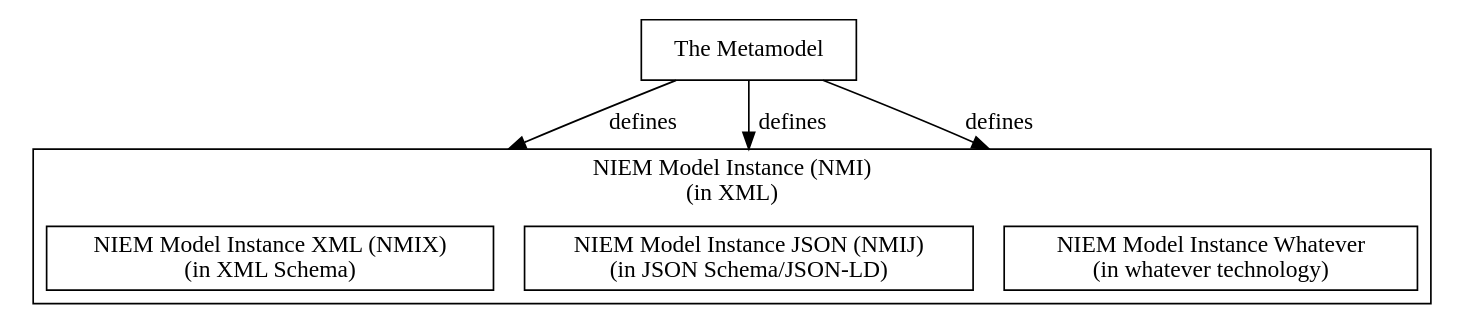
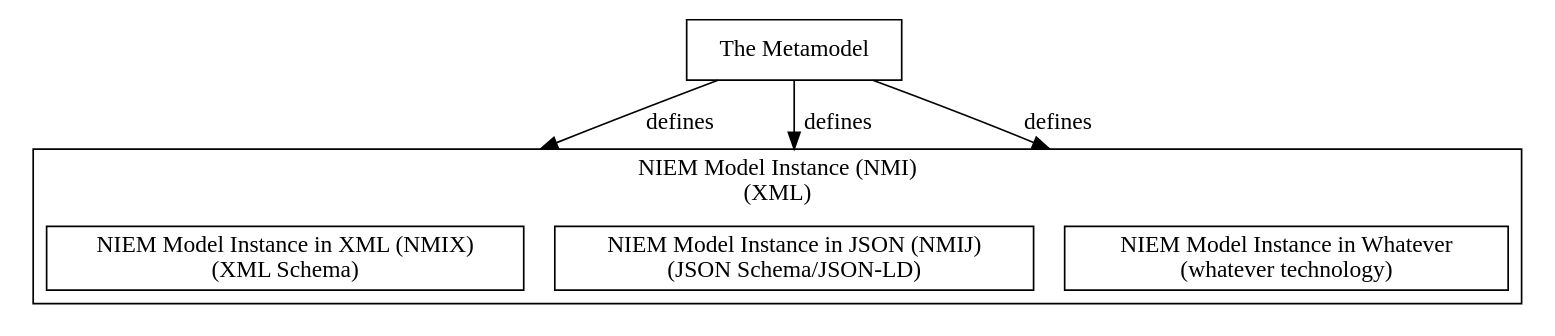
Before and after one commit to TomCarlson-NTAC/NIEM-Metamodel: the diagram in terminology.dot, drawn with Graphviz. The commit also changed 2 other files, not shown here.

Commit message:
Updated terminology diagram

```diff
--- a/terminology.dot
+++ b/terminology.dot
@@ -1,22 +1,22 @@
 digraph terms {
 
 compound=true;
 
 	metamodel[label="The Metamodel", shape="box"];
 
 	subgraph cluster0 {
 	
-		label="NIEM Model Instance (NMI)\n(in XML)";
+		label="NIEM Model Instance (NMI)\n(XML)";
 	
-		nmix[label="NIEM Model Instance XML (NMIX)\n(in XML Schema)", shape="box"];
-		nmij[label="NIEM Model Instance JSON (NMIJ)\n(in JSON Schema/JSON-LD)", shape="box"];
-		nmiw[label="NIEM Model Instance Whatever\n(in whatever technology)", shape="box"];
+		nmix[label="NIEM Model Instance in XML (NMIX)\n(XML Schema)", shape="box"];
+		nmij[label="NIEM Model Instance in JSON (NMIJ)\n(JSON Schema/JSON-LD)", shape="box"];
+		nmiw[label="NIEM Model Instance in Whatever\n(whatever technology)", shape="box"];
 
 	}
 
 
 	metamodel -> nmix[lhead="cluster0", label="defines"];
 	metamodel -> nmij[lhead="cluster0", label="defines"];
 	metamodel -> nmiw[lhead="cluster0", label="defines"];
 
 }
```
